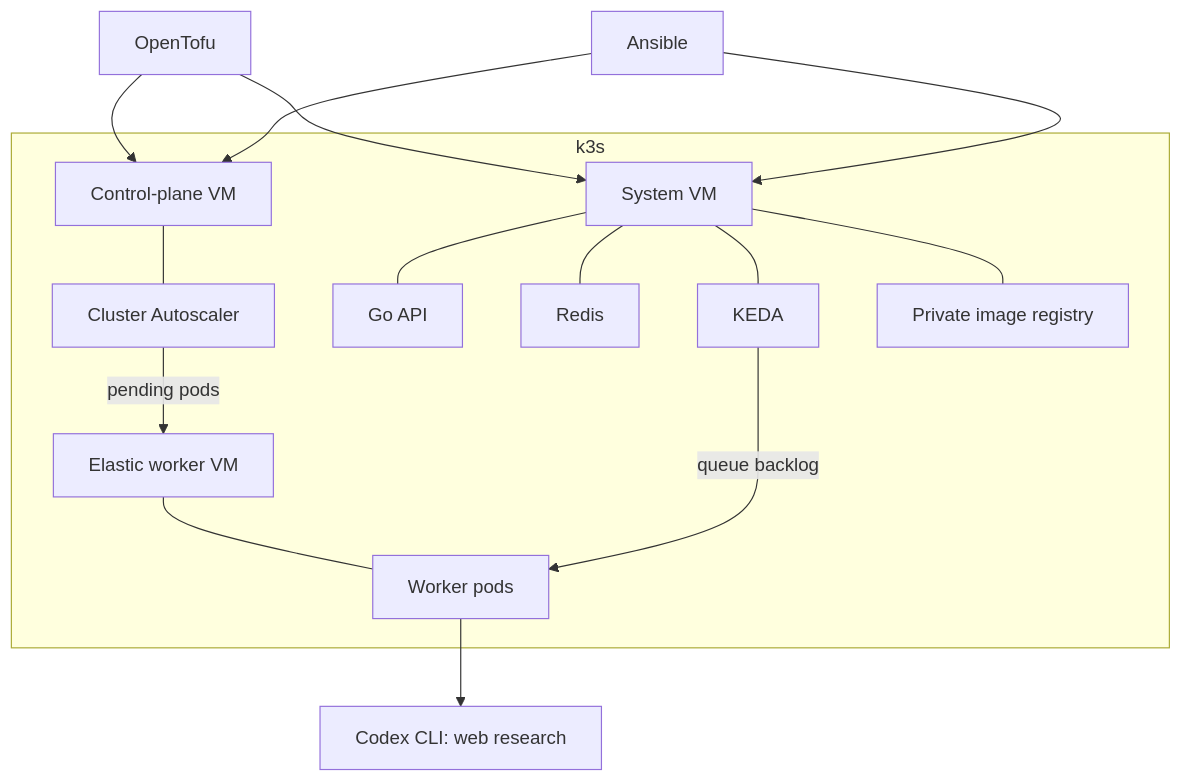
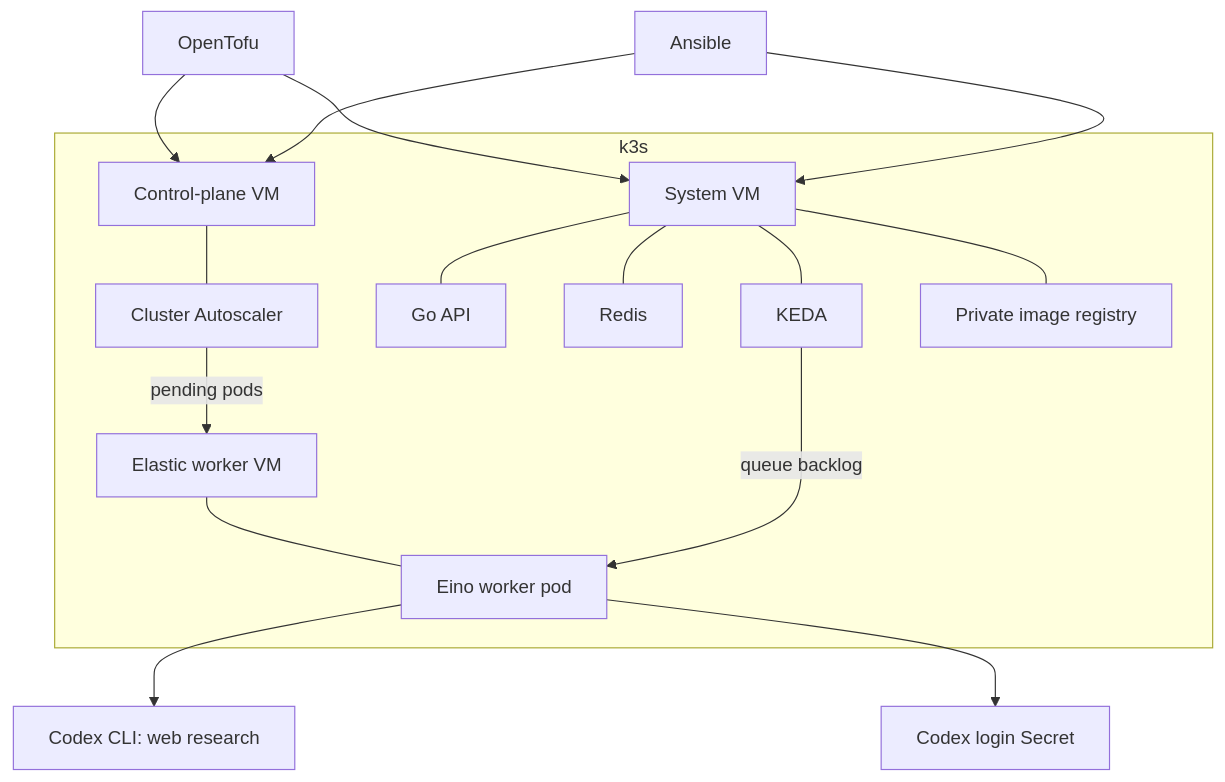
Before and after one commit to simonbalfe/k3s-hetzner-adk-research: the diagram in docs/architecture.md, drawn with Mermaid. The commit also changed other lines of this file and 12 other files, not shown here.

Commit message:
Run Eino research agent with persistent Codex login

````diff
--- a/docs/architecture.md
+++ b/docs/architecture.md
@@ -3,18 +3,19 @@
 ```mermaid
 flowchart TB
   T[OpenTofu] --> C[Control-plane VM]
   T --> S[System VM]
   A[Ansible] --> C
   A --> S
   subgraph k3s
     C --- CA[Cluster Autoscaler]
     S --- API[Go API]
     S --- R[Redis]
     S --- K[KEDA]
     S --- Registry[Private image registry]
-    W[Elastic worker VM] --- P[Worker pods]
+    W[Elastic worker VM] --- P[Eino worker pod]
   end
   K -->|queue backlog| P
   CA -->|pending pods| W
   P --> Codex[Codex CLI: web research]
+  P --> Auth[Codex login Secret]
 ```
````
